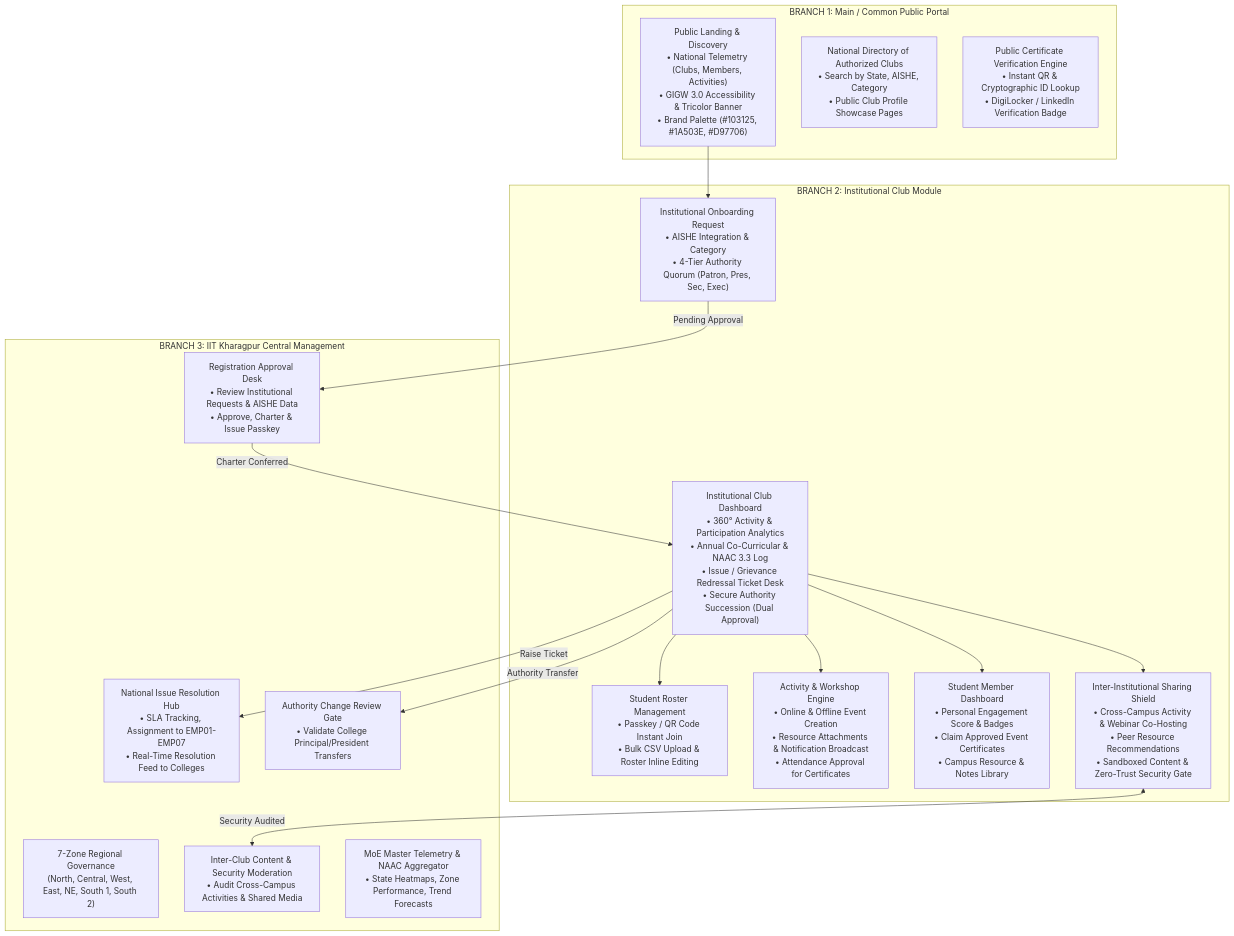
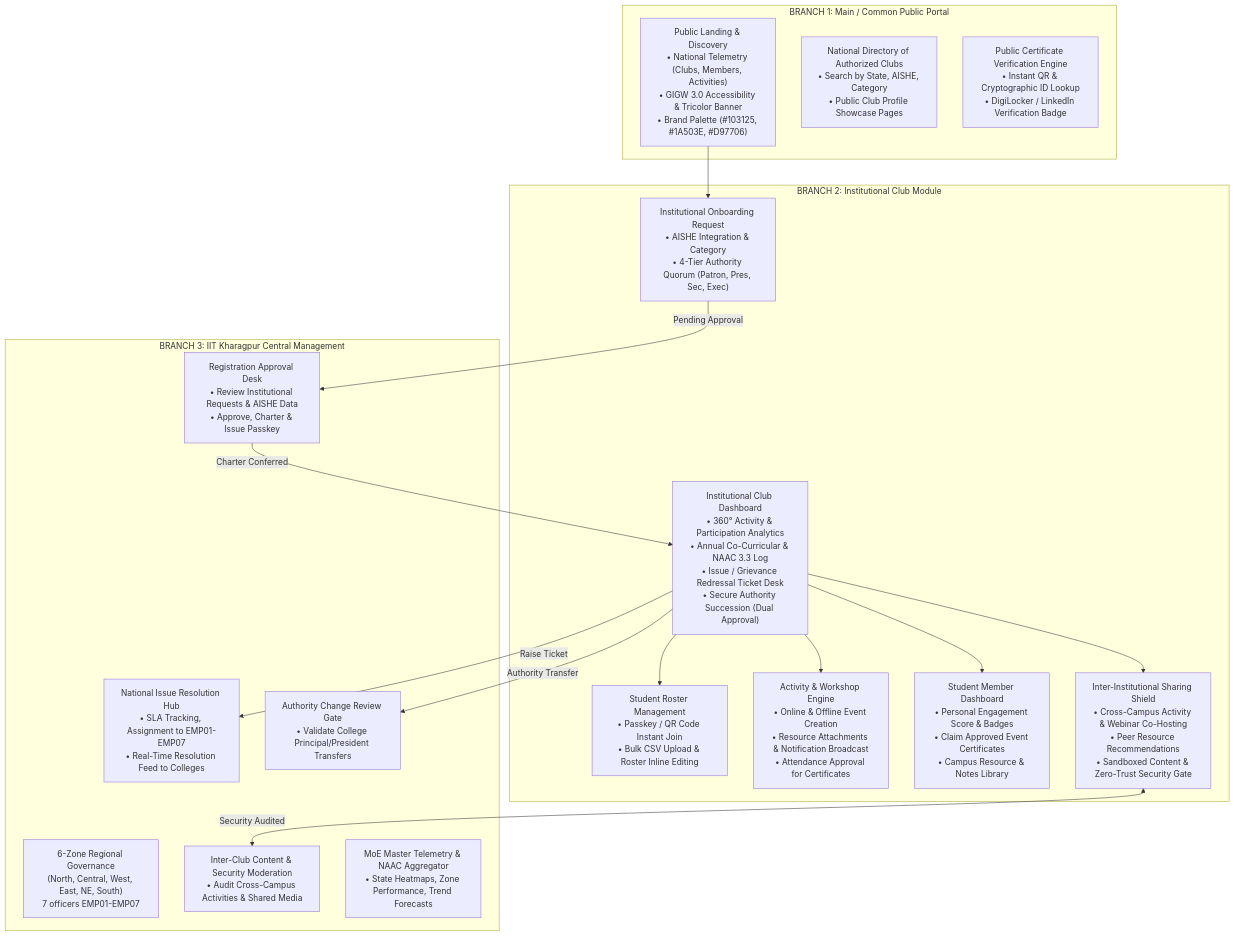
One commit to anirbanmid/ndli_club_main_portal changed the first of 2 diagrams in docs/ARCHITECTURE_PLAN.md. Above: the diagram before and after it, drawn with Mermaid. The commit also changed other lines of this file and 19 other files, not shown here.

````diff
--- a/docs/ARCHITECTURE_PLAN.md
+++ b/docs/ARCHITECTURE_PLAN.md
@@ -31,37 +31,37 @@
 ```mermaid
 flowchart TD
     subgraph B1 ["BRANCH 1: Main / Common Public Portal"]
         B1_Landing["Public Landing & Discovery\n• National Telemetry (Clubs, Members, Activities)\n• GIGW 3.0 Accessibility & Tricolor Banner\n• Brand Palette (#103125, #1A503E, #D97706)"]
         B1_Directory["National Directory of Authorized Clubs\n• Search by State, AISHE, Category\n• Public Club Profile Showcase Pages"]
         B1_Verify["Public Certificate Verification Engine\n• Instant QR & Cryptographic ID Lookup\n• DigiLocker / LinkedIn Verification Badge"]
     end
 
     subgraph B2 ["BRANCH 2: Institutional Club Module"]
         B2_Register["Institutional Onboarding Request\n• AISHE Integration & Category\n• 4-Tier Authority Quorum (Patron, Pres, Sec, Exec)"]
         B2_ClubDash["Institutional Club Dashboard\n• 360° Activity & Participation Analytics\n• Annual Co-Curricular & NAAC 3.3 Log\n• Issue / Grievance Redressal Ticket Desk\n• Secure Authority Succession (Dual Approval)"]
         B2_Roster["Student Roster Management\n• Passkey / QR Code Instant Join\n• Bulk CSV Upload & Roster Inline Editing"]
         B2_Events["Activity & Workshop Engine\n• Online & Offline Event Creation\n• Resource Attachments & Notification Broadcast\n• Attendance Approval for Certificates"]
         B2_StudentDash["Student Member Dashboard\n• Personal Engagement Score & Badges\n• Claim Approved Event Certificates\n• Campus Resource & Notes Library"]
         B2_Shield["Inter-Institutional Sharing Shield\n• Cross-Campus Activity & Webinar Co-Hosting\n• Peer Resource Recommendations\n• Sandboxed Content & Zero-Trust Security Gate"]
     end
 
     subgraph B3 ["BRANCH 3: IIT Kharagpur Central Management"]
-        B3_Zones["7-Zone Regional Governance\n(North, Central, West, East, NE, South 1, South 2)"]
+        B3_Zones["6-Zone Regional Governance\n(North, Central, West, East, NE, South)\n7 officers EMP01-EMP07"]
         B3_Approvals["Registration Approval Desk\n• Review Institutional Requests & AISHE Data\n• Approve, Charter & Issue Passkey"]
         B3_Tickets["National Issue Resolution Hub\n• SLA Tracking, Assignment to EMP01-EMP07\n• Real-Time Resolution Feed to Colleges"]
         B3_AuthorityMod["Authority Change Review Gate\n• Validate College Principal/President Transfers"]
         B3_SecurityMod["Inter-Club Content & Security Moderation\n• Audit Cross-Campus Activities & Shared Media"]
         B3_Analytics["MoE Master Telemetry & NAAC Aggregator\n• State Heatmaps, Zone Performance, Trend Forecasts"]
     end
 
     B1_Landing --> B2_Register
     B2_Register -->|Pending Approval| B3_Approvals
     B3_Approvals -->|Charter Conferred| B2_ClubDash
     B2_ClubDash --> B2_Roster
     B2_ClubDash --> B2_Events
     B2_ClubDash --> B2_StudentDash
     B2_ClubDash --> B2_Shield
     B2_ClubDash -->|Raise Ticket| B3_Tickets
     B2_ClubDash -->|Authority Transfer| B3_AuthorityMod
     B2_Shield <-->|Security Audited| B3_SecurityMod
 ```
````
